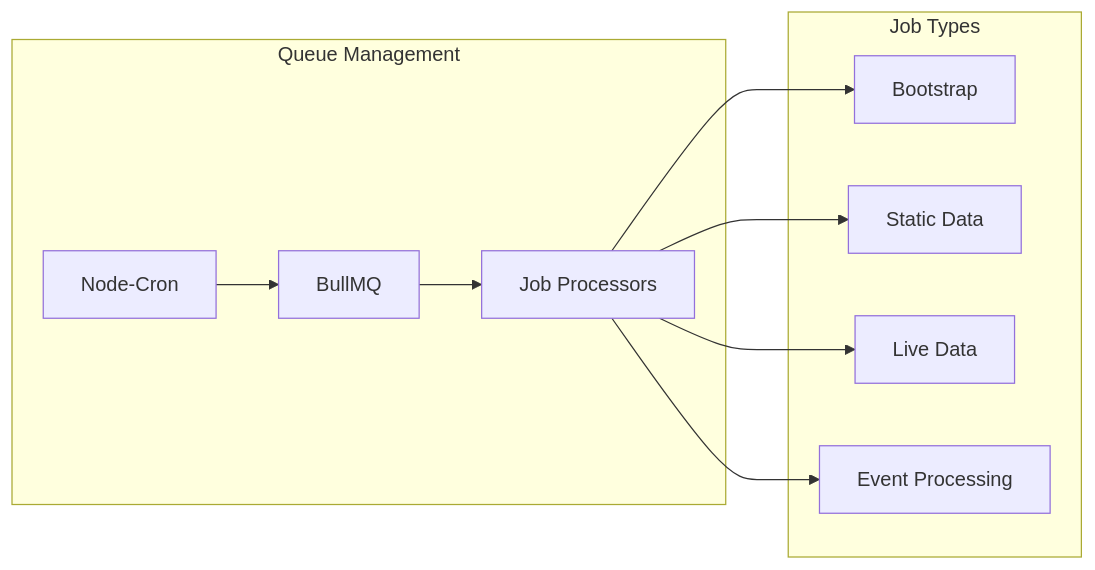
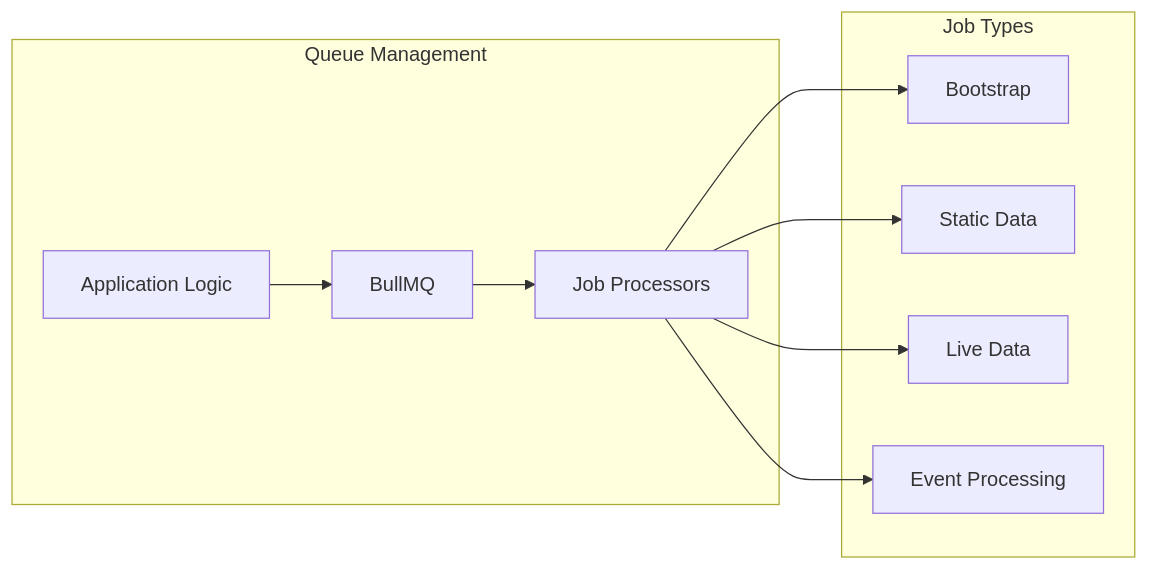
Before and after one commit to tonglam/letletme_data: the fifth of 5 diagrams in README.md, drawn with Mermaid. The commit also changed other lines of this file and 2 other files, not shown here.

````diff
--- a/README.md
+++ b/README.md
@@ -228,14 +226,14 @@
 ```mermaid
 graph LR
     subgraph Queue Management
-        Cron[Node-Cron] --> Bull[BullMQ]
+        App[Application Logic] --> Bull[BullMQ]
         Bull --> Jobs[Job Processors]
     end
 
     subgraph Job Types
         Jobs --> Bootstrap[Bootstrap]
         Jobs --> Static[Static Data]
         Jobs --> Live[Live Data]
         Jobs --> Event[Event Processing]
     end
 ```
````
